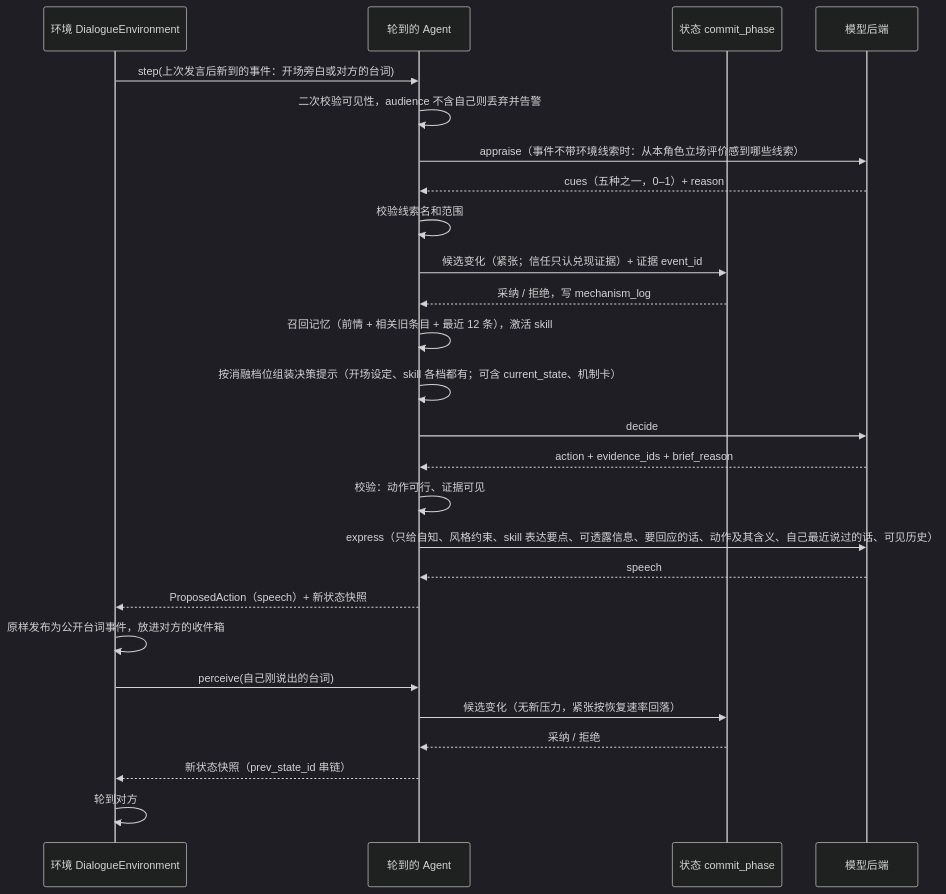
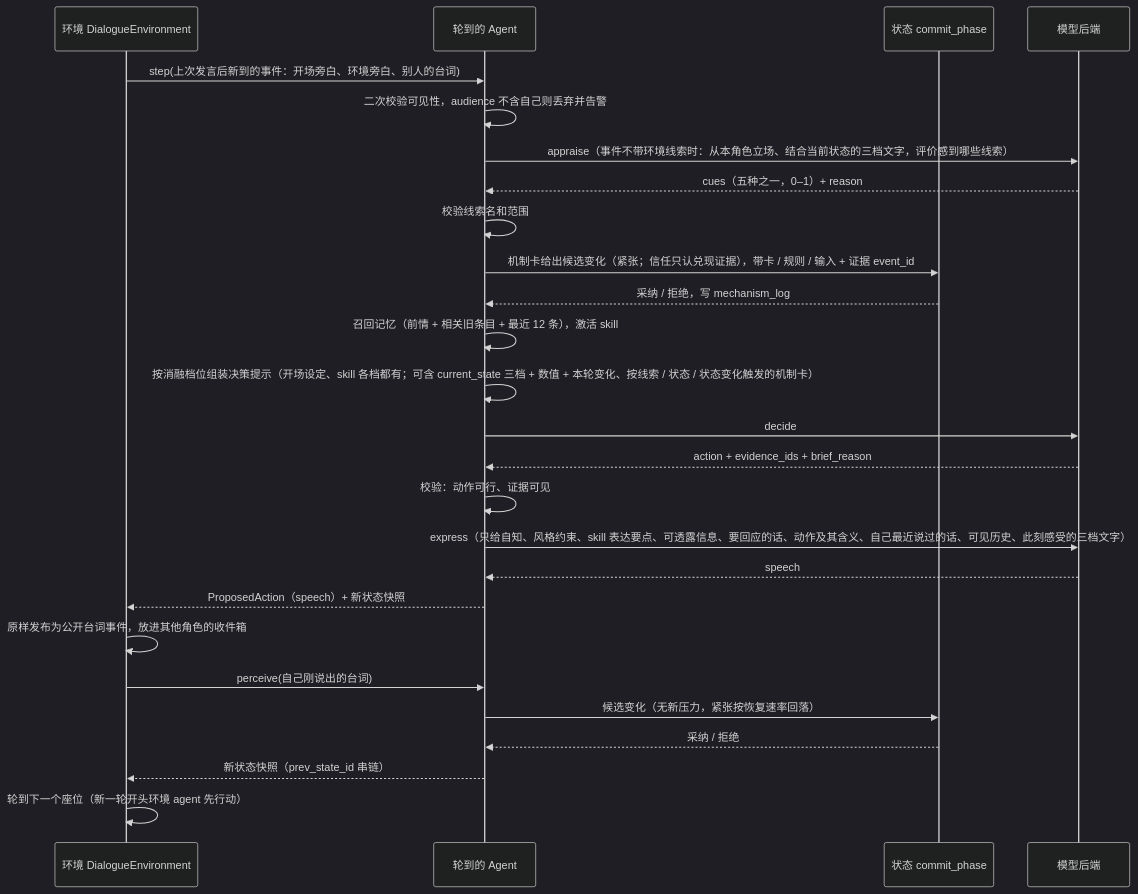
The second of 5 diagrams in docs/07-architecture.md (piersalei/RoleSimulationFramework), drawn with Mermaid (dark theme) before and after one commit. The commit also changed other lines of this file and 25 other files, not shown here.

````diff
--- a/docs/07-architecture.md
+++ b/docs/07-architecture.md
@@ -99,29 +106,29 @@
 ```mermaid
 sequenceDiagram
   participant E as 环境 DialogueEnvironment
   participant A as 轮到的 Agent
   participant S as 状态 commit_phase
   participant M as 模型后端
 
-  E->>A: step(上次发言后新到的事件：开场旁白或对方的台词)
+  E->>A: step(上次发言后新到的事件：开场旁白、环境旁白、别人的台词)
   A->>A: 二次校验可见性，audience 不含自己则丢弃并告警
-  A->>M: appraise（事件不带环境线索时：从本角色立场评价感到哪些线索）
+  A->>M: appraise（事件不带环境线索时：从本角色立场、结合当前状态的三档文字，评价感到哪些线索）
   M-->>A: cues（五种之一，0–1）+ reason
   A->>A: 校验线索名和范围
-  A->>S: 候选变化（紧张；信任只认兑现证据）+ 证据 event_id
+  A->>S: 机制卡给出候选变化（紧张；信任只认兑现证据），带卡 / 规则 / 输入 + 证据 event_id
   S-->>A: 采纳 / 拒绝，写 mechanism_log
   A->>A: 召回记忆（前情 + 相关旧条目 + 最近 12 条），激活 skill
-  A->>A: 按消融档位组装决策提示（开场设定、skill 各档都有；可含 current_state、机制卡）
+  A->>A: 按消融档位组装决策提示（开场设定、skill 各档都有；可含 current_state 三档 + 数值 + 本轮变化、按线索 / 状态 / 状态变化触发的机制卡）
   A->>M: decide
   M-->>A: action + evidence_ids + brief_reason
   A->>A: 校验：动作可行、证据可见
-  A->>M: express（只给自知、风格约束、skill 表达要点、可透露信息、要回应的话、动作及其含义、自己最近说过的话、可见历史）
+  A->>M: express（只给自知、风格约束、skill 表达要点、可透露信息、要回应的话、动作及其含义、自己最近说过的话、可见历史、此刻感受的三档文字）
   M-->>A: speech
   A-->>E: ProposedAction（speech）+ 新状态快照
-  E->>E: 原样发布为公开台词事件，放进对方的收件箱
+  E->>E: 原样发布为公开台词事件，放进其他角色的收件箱
   E->>A: perceive(自己刚说出的台词)
   A->>S: 候选变化（无新压力，紧张按恢复速率回落）
   S-->>A: 采纳 / 拒绝
   A-->>E: 新状态快照（prev_state_id 串链）
-  E->>E: 轮到对方
+  E->>E: 轮到下一个座位（新一轮开头环境 agent 先行动）
 ```
````
